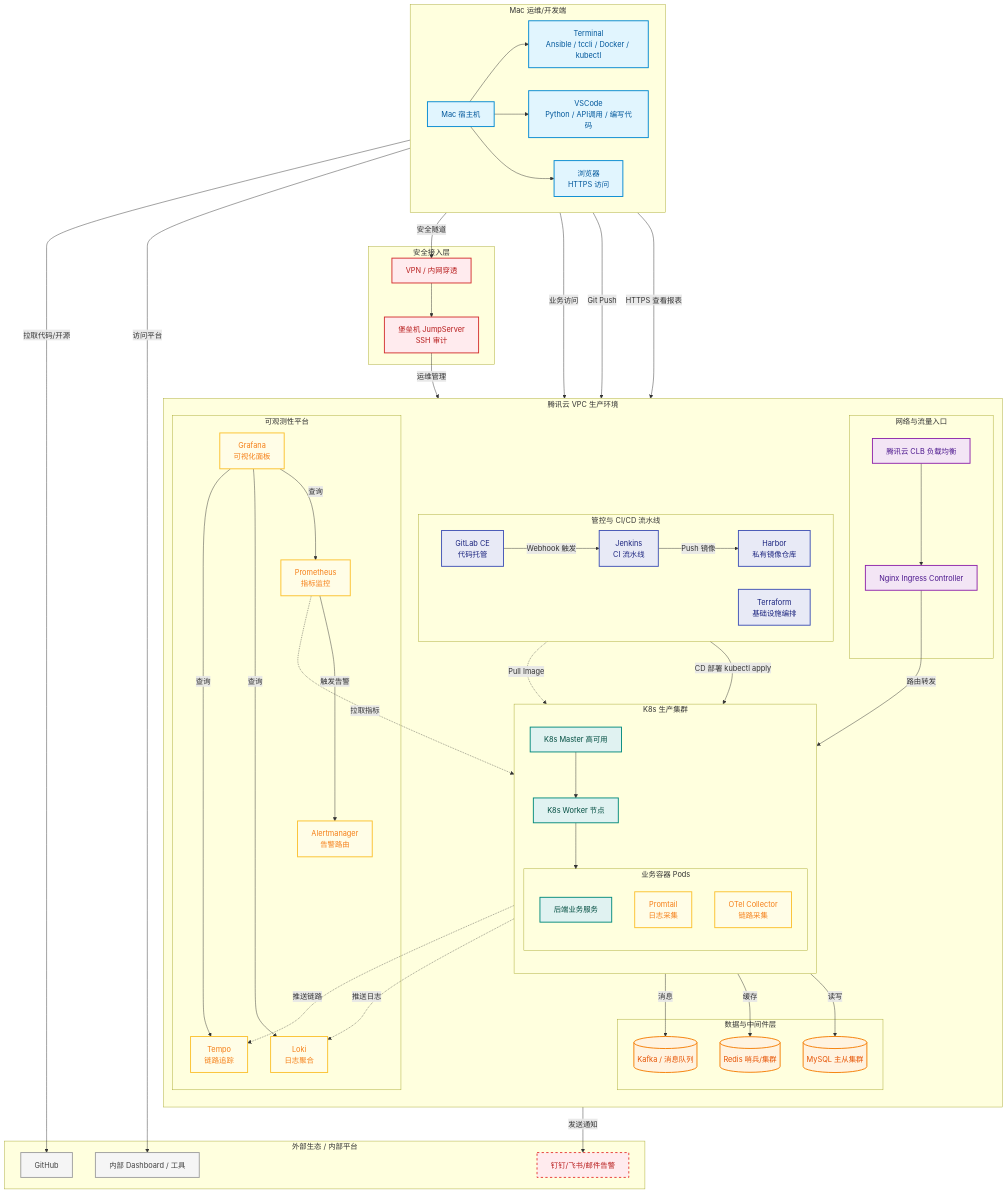
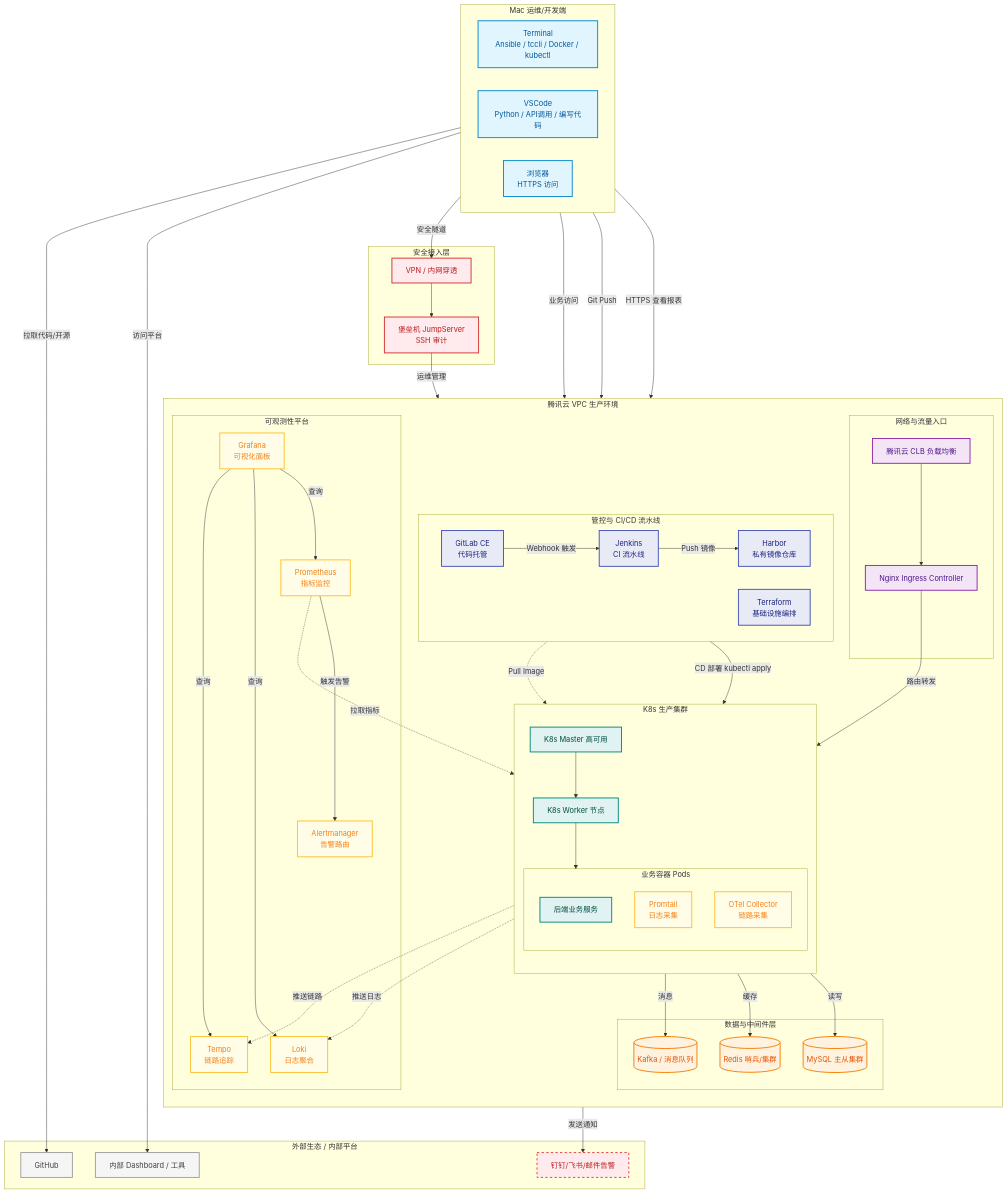
The diagram in README.md (ZZZZTI/Cloud-Native-knowledge), drawn with Mermaid before and after one commit. The commit also changed 2 other files, not shown here.

Commit message:
routinely commit: 2026-11-03 10:00:01

```diff
--- a/README.md
+++ b/README.md
@@ -97,14 +97,10 @@
     %% ================= 开发与运维端 =================
     subgraph DevZone [Mac 运维/开发端]
         direction LR
-        Mac[Mac 宿主机]:::dev
         Terminal[Terminal<br/>Ansible / tccli / Docker / kubectl]:::dev
         VSCode[VSCode<br/>Python / API调用 / 编写代码]:::dev
         Browser[浏览器<br/>HTTPS 访问]:::dev
-        
-        Mac --> Terminal
-        Mac --> VSCode
-        Mac --> Browser
+ 
     end
 
     %% ================= 安全防线 =================
```
